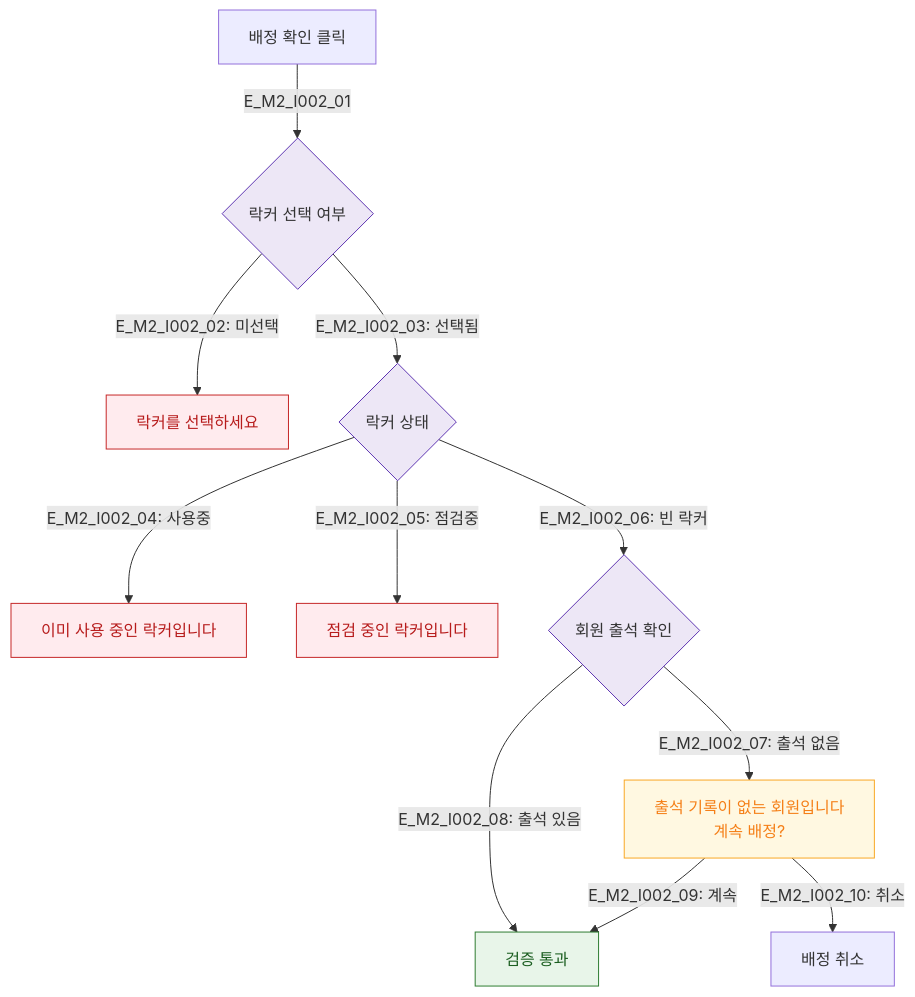
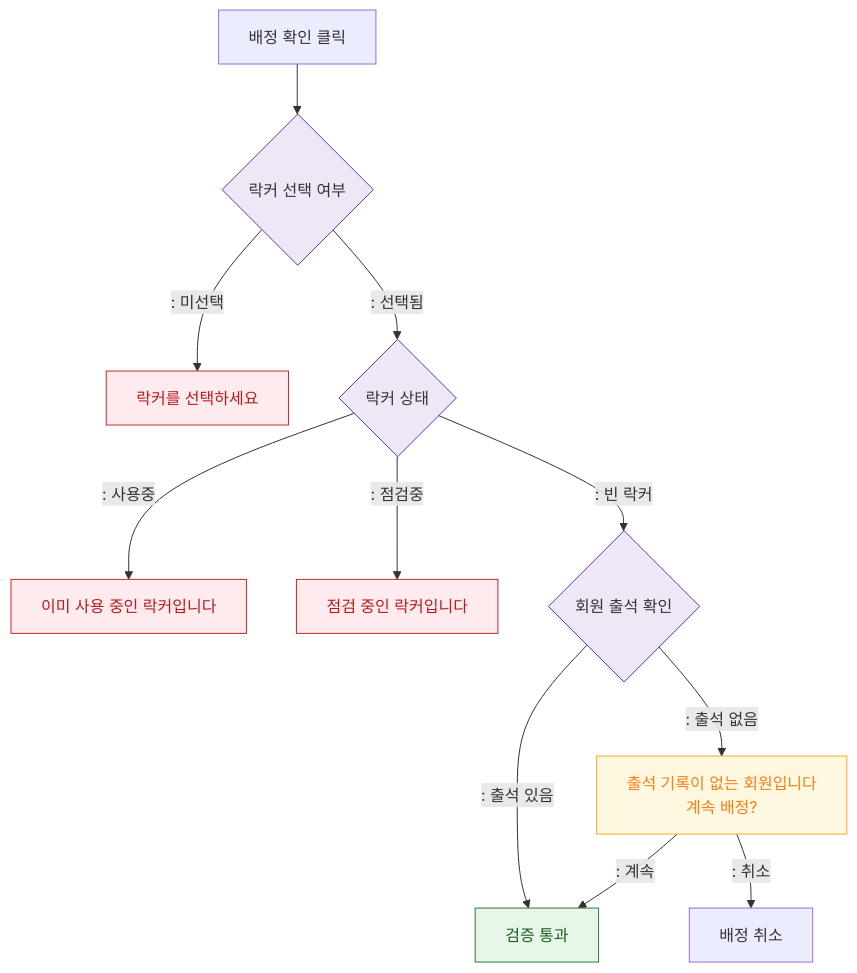
Before and after one commit to dev-spogym/admin-pando: the diagram in docs/다이어그램/D11_통합운영/DLG/DLG-I002_옷락커배정/M2_필드검증.md, drawn with Mermaid. The commit also changed other lines of this file and 1660 other files, not shown here.

First line of the commit message:
다이어그램: 기획자/클라이언트 납품본으로 정리

````diff
--- a/docs/다이어그램/D11_통합운영/DLG/DLG-I002_옷락커배정/M2_필드검증.md
+++ b/docs/다이어그램/D11_통합운영/DLG/DLG-I002_옷락커배정/M2_필드검증.md
@@ -16,25 +14,25 @@
 ```mermaid
 flowchart TD
-    SUBMIT[배정 확인 클릭] -->|E_M2_I002_01| V_LOCKER{락커 선택 여부}
-    V_LOCKER -->|"E_M2_I002_02: 미선택"| ERR_LOCKER[락커를 선택하세요]
-    V_LOCKER -->|"E_M2_I002_03: 선택됨"| V_STATUS{락커 상태}
+    SUBMIT[배정 확인 클릭] --> V_LOCKER{락커 선택 여부}
+    V_LOCKER -->|": 미선택"|ERR_LOCKER[락커를 선택하세요]
+    V_LOCKER -->|": 선택됨"|V_STATUS{락커 상태}
 
-    V_STATUS -->|"E_M2_I002_04: 사용중"| ERR_USED[이미 사용 중인 락커입니다]
-    V_STATUS -->|"E_M2_I002_05: 점검중"| ERR_CHECK[점검 중인 락커입니다]
-    V_STATUS -->|"E_M2_I002_06: 빈 락커"| V_MEMBER{회원 출석 확인}
+    V_STATUS -->|": 사용중"|ERR_USED[이미 사용 중인 락커입니다]
+    V_STATUS -->|": 점검중"|ERR_CHECK[점검 중인 락커입니다]
+    V_STATUS -->|": 빈 락커"|V_MEMBER{회원 출석 확인}
 
-    V_MEMBER -->|"E_M2_I002_07: 출석 없음"| WARN_ATT[출석 기록이 없는 회원입니다\n계속 배정?]
-    V_MEMBER -->|"E_M2_I002_08: 출석 있음"| PASS[검증 통과]
+    V_MEMBER -->|": 출석 없음"|WARN_ATT[출석 기록이 없는 회원입니다\n계속 배정?]
+    V_MEMBER -->|": 출석 있음"|PASS[검증 통과]
 
-    WARN_ATT -->|"E_M2_I002_09: 계속"| PASS
-    WARN_ATT -->|"E_M2_I002_10: 취소"| CANCEL[배정 취소]
+    WARN_ATT -->|": 계속"|PASS
+    WARN_ATT -->|": 취소"|CANCEL[배정 취소]
 
-    classDef system       fill:#EDE7F6,stroke:#5E35B2
-    classDef error        fill:#FFEBEE,stroke:#C62828,color:#B71C1C
-    classDef warning      fill:#FFF8E1,stroke:#F9A825,color:#F57F17
-    classDef success      fill:#E8F5E9,stroke:#2E7D32,color:#1B5E20
+    classDef system fill:#EDE7F6,stroke:#5E35B2
+    classDef error fill:#FFEBEE,stroke:#C62828,color:#B71C1C
+    classDef warning fill:#FFF8E1,stroke:#F9A825,color:#F57F17
+    classDef success fill:#E8F5E9,stroke:#2E7D32,color:#1B5E20
     class V_LOCKER,V_STATUS,V_MEMBER system
     class ERR_LOCKER,ERR_USED,ERR_CHECK error
     class WARN_ATT warning
     class PASS success
 ```
````
